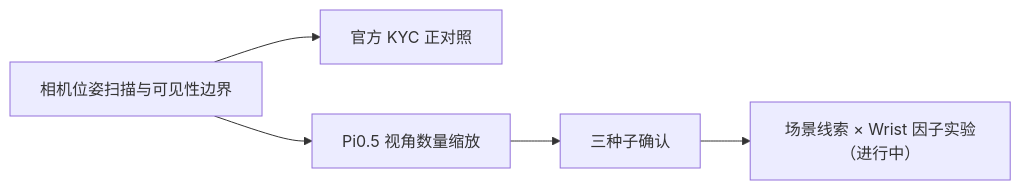
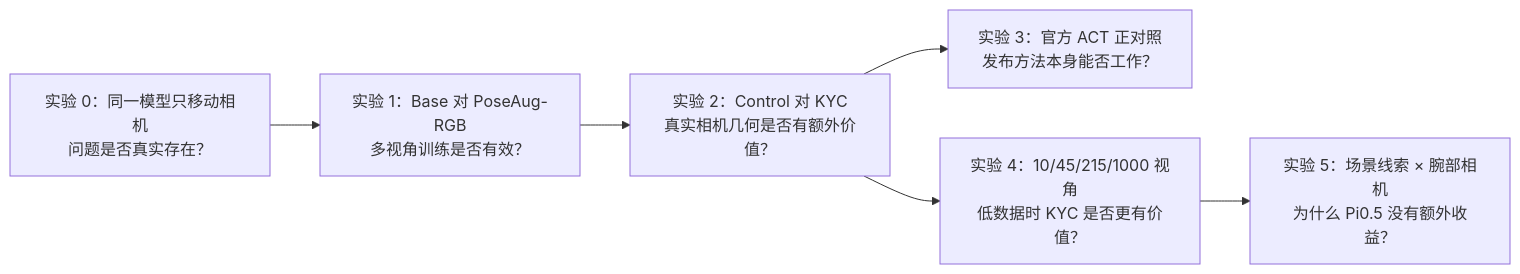
Before and after one commit to dragon-raja/AlphaBrain: the diagram in docs/cabi_vla/kyc_camera_generalization_completed_report_zh.md, drawn with Mermaid. The commit also changed other lines of this file and 3 other files, not shown here.

````diff
--- a/docs/cabi_vla/kyc_camera_generalization_completed_report_zh.md
+++ b/docs/cabi_vla/kyc_camera_generalization_completed_report_zh.md
@@ -32,7 +116,12 @@
 ```mermaid
 flowchart LR
-    A["相机位姿扫描与可见性边界"] --> B["官方 KYC 正对照"]
-    A --> C["Pi0.5 视角数量缩放"]
-    C --> D["三种子确认"]
-    D --> E["场景线索 × Wrist 因子实验（进行中）"]
+    A["实验 0：同一模型只移动相机<br/>问题是否真实存在？"]
+    B["实验 1：Base 对 PoseAug-RGB<br/>多视角训练是否有效？"]
+    C["实验 2：Control 对 KYC<br/>真实相机几何是否有额外价值？"]
+    D["实验 3：官方 ACT 正对照<br/>发布方法本身能否工作？"]
+    E["实验 4：10/45/215/1000 视角<br/>低数据时 KYC 是否更有价值？"]
+    F["实验 5：场景线索 × 腕部相机<br/>为什么 Pi0.5 没有额外收益？"]
+    A --> B --> C
+    C --> D
+    C --> E --> F
 ```
````
